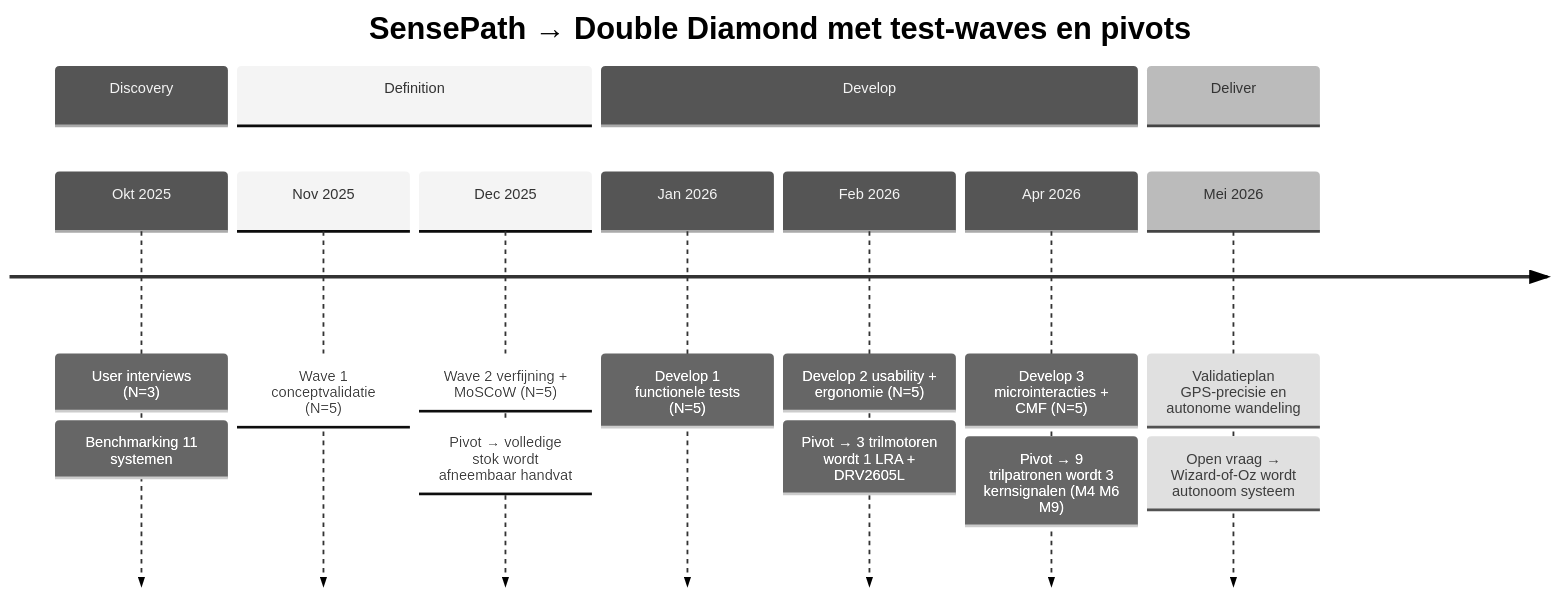
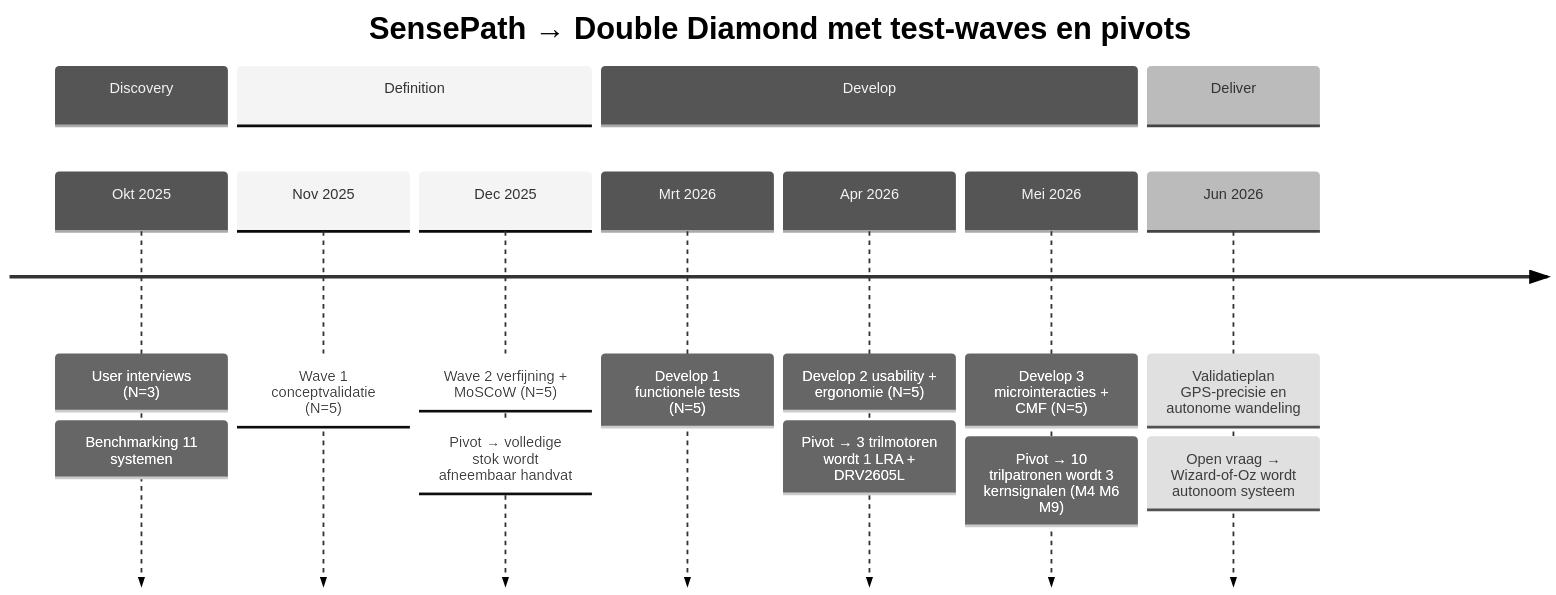
Before and after one commit to spiryns/UCD: the diagram in README.md, drawn with Mermaid (neutral theme). The commit also changed other lines of this file and 12 other files, not shown here.

````diff
--- a/README.md
+++ b/README.md
@@ -55,20 +55,20 @@
 ```mermaid
 timeline
     title SensePath → Double Diamond met test-waves en pivots
     section Discovery
         Okt 2025  : User interviews (N=3)
                   : Benchmarking 11 systemen
     section Definition
         Nov 2025  : Wave 1 conceptvalidatie (N=5)
         Dec 2025  : Wave 2 verfijning + MoSCoW (N=5)
                   : Pivot → volledige stok wordt afneembaar handvat
     section Develop
-        Jan 2026  : Develop 1 functionele tests (N=5)
-        Feb 2026  : Develop 2 usability + ergonomie (N=5)
+        Mrt 2026  : Develop 1 functionele tests (N=5)
+        Apr 2026  : Develop 2 usability + ergonomie (N=5)
                   : Pivot → 3 trilmotoren wordt 1 LRA + DRV2605L
-        Apr 2026  : Develop 3 microinteracties + CMF (N=5)
-                  : Pivot → 9 trilpatronen wordt 3 kernsignalen (M4 M6 M9)
+        Mei 2026  : Develop 3 microinteracties + CMF (N=5)
+                  : Pivot → 10 trilpatronen wordt 3 kernsignalen (M4 M6 M9)
     section Deliver
-        Mei 2026  : Validatieplan GPS-precisie en autonome wandeling
+        Jun 2026  : Validatieplan GPS-precisie en autonome wandeling
                   : Open vraag → Wizard-of-Oz wordt autonoom systeem
 ```
````
